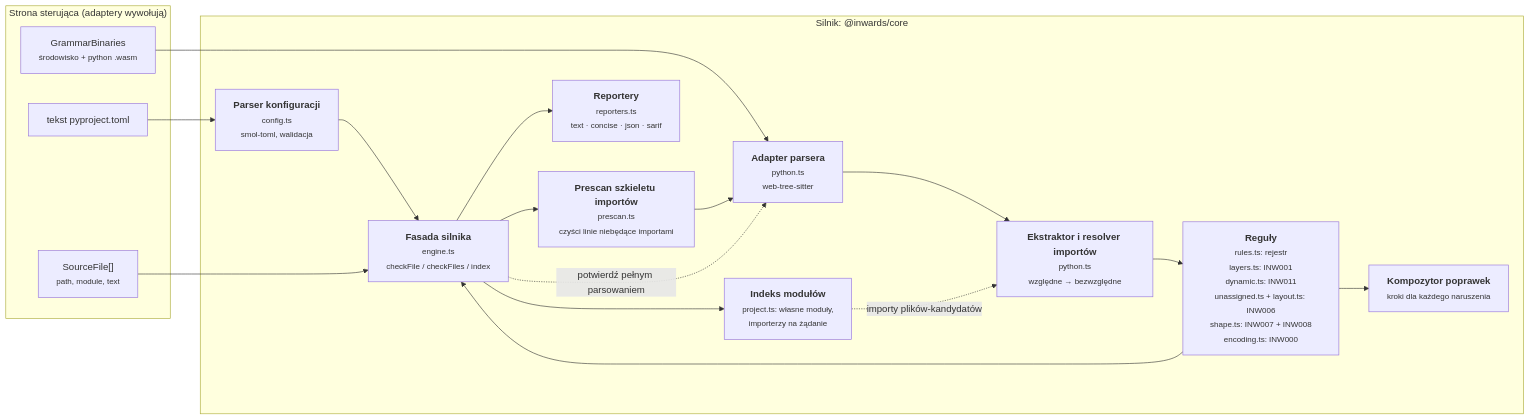
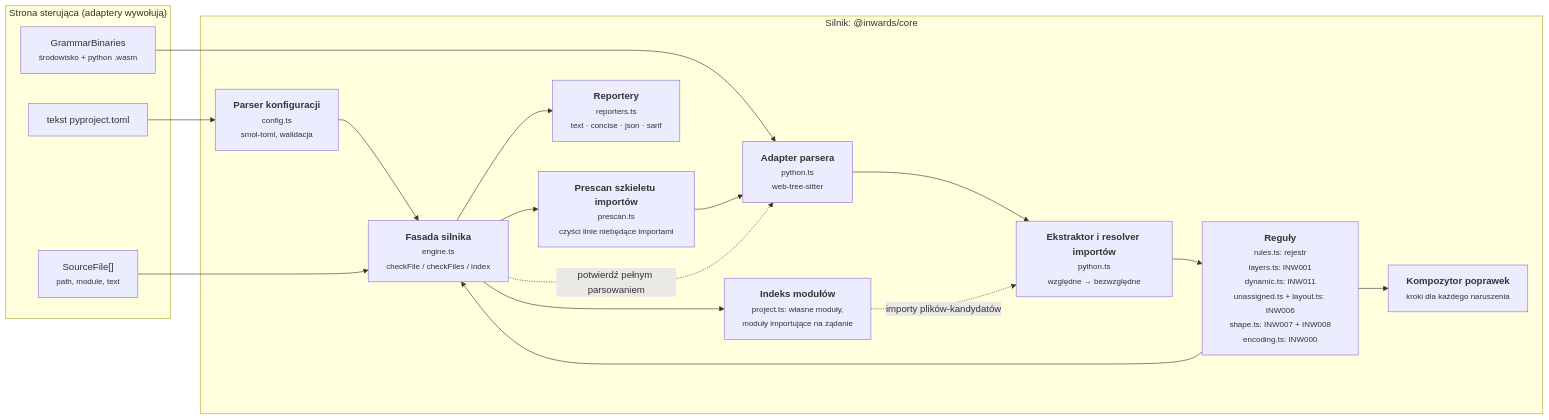
One commit to SirCypkowskyy/inwards changed the third of 6 diagrams in docs/pl/03-Architecture-C4.md. Above: the diagram before and after it, drawn with Mermaid. The commit also changed other lines of this file and 21 other files, not shown here.

````diff
--- a/docs/pl/03-Architecture-C4.md
+++ b/docs/pl/03-Architecture-C4.md
@@ -104,31 +104,31 @@
 ```mermaid
 flowchart LR
     subgraph driving["Strona sterująca (adaptery wywołują)"]
         files["SourceFile[]<br/><small>path, module, text</small>"]
         cfgtext["tekst pyproject.toml"]
         wasm["GrammarBinaries<br/><small>środowisko + python .wasm</small>"]
     end
 
     subgraph enginebox["Silnik: @inwards/core"]
         config["<b>Parser konfiguracji</b><br/><small>config.ts<br/>smol-toml, walidacja</small>"]
         pre["<b>Prescan szkieletu importów</b><br/><small>prescan.ts<br/>czyści linie niebędące importami</small>"]
         parser["<b>Adapter parsera</b><br/><small>python.ts<br/>web-tree-sitter</small>"]
         extract["<b>Ekstraktor i resolver importów</b><br/><small>python.ts<br/>względne → bezwzględne</small>"]
         rules["<b>Reguły</b><br/><small>rules.ts: rejestr<br/>layers.ts: INW001<br/>dynamic.ts: INW011<br/>unassigned.ts + layout.ts: INW006<br/>shape.ts: INW007 + INW008<br/>encoding.ts: INW000</small>"]
         fix["<b>Kompozytor poprawek</b><br/><small>kroki dla każdego naruszenia</small>"]
         report["<b>Reportery</b><br/><small>reporters.ts<br/>text · concise · json · sarif</small>"]
         engine["<b>Fasada silnika</b><br/><small>engine.ts<br/>checkFile / checkFiles / index</small>"]
-        modgraph["<b>Indeks modułów</b><br/><small>project.ts: własne moduły,<br/>importerzy na żądanie</small>"]
+        modgraph["<b>Indeks modułów</b><br/><small>project.ts: własne moduły,<br/>moduły importujące na żądanie</small>"]
     end
 
     cfgtext --> config --> engine
     wasm --> parser
     files --> engine
     engine --> pre --> parser --> extract --> rules
     rules --> fix
     rules --> engine
     engine -. "potwierdź pełnym parsowaniem" .-> parser
     engine --> modgraph
     modgraph -. "importy plików-kandydatów" .-> extract
     engine --> report
 ```
````
